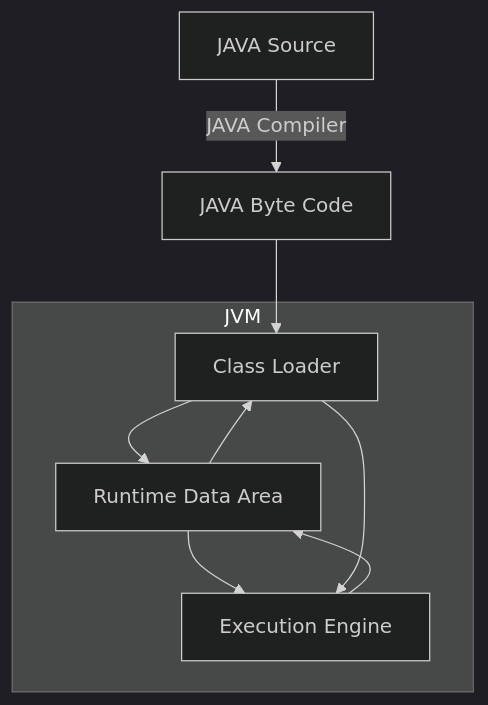
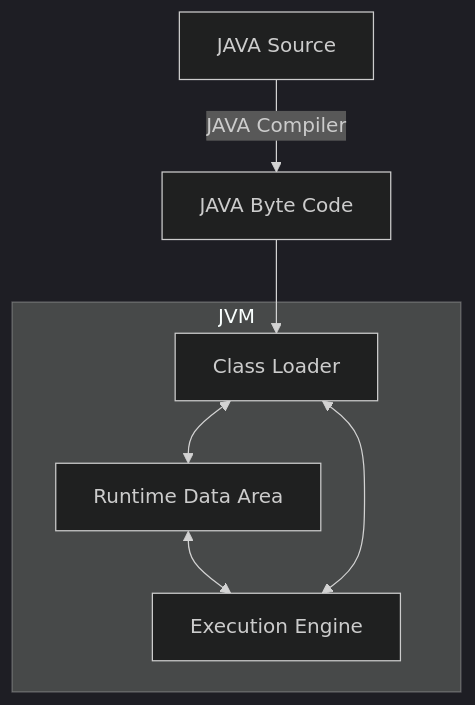
Before and after one commit to 023-dev/023-dev.github.io: the first of 5 diagrams in _posts/2024-11-27-Java-java-virtual-machine.md, drawn with Mermaid (dark theme). The commit also changed other lines of this file, not shown here.

```diff
--- a/_posts/2024-11-27-Java-java-virtual-machine.md
+++ b/_posts/2024-11-27-Java-java-virtual-machine.md
@@ -19,12 +19,10 @@
 <div class="mermaid">
 graph TD
     A[JAVA Source] -->|JAVA Compiler| B[JAVA Byte Code]
     B --> C[Class Loader]
     subgraph JVM [JVM]
-        C --> D[Runtime Data Area]
-        D --> C
-        D --> E[Execution Engine]
-        E --> D
-        C --> E
+        C <--> D[Runtime Data Area]
+        D <--> E[Execution Engine]
+        C <--> E
     end
 </div>
```
